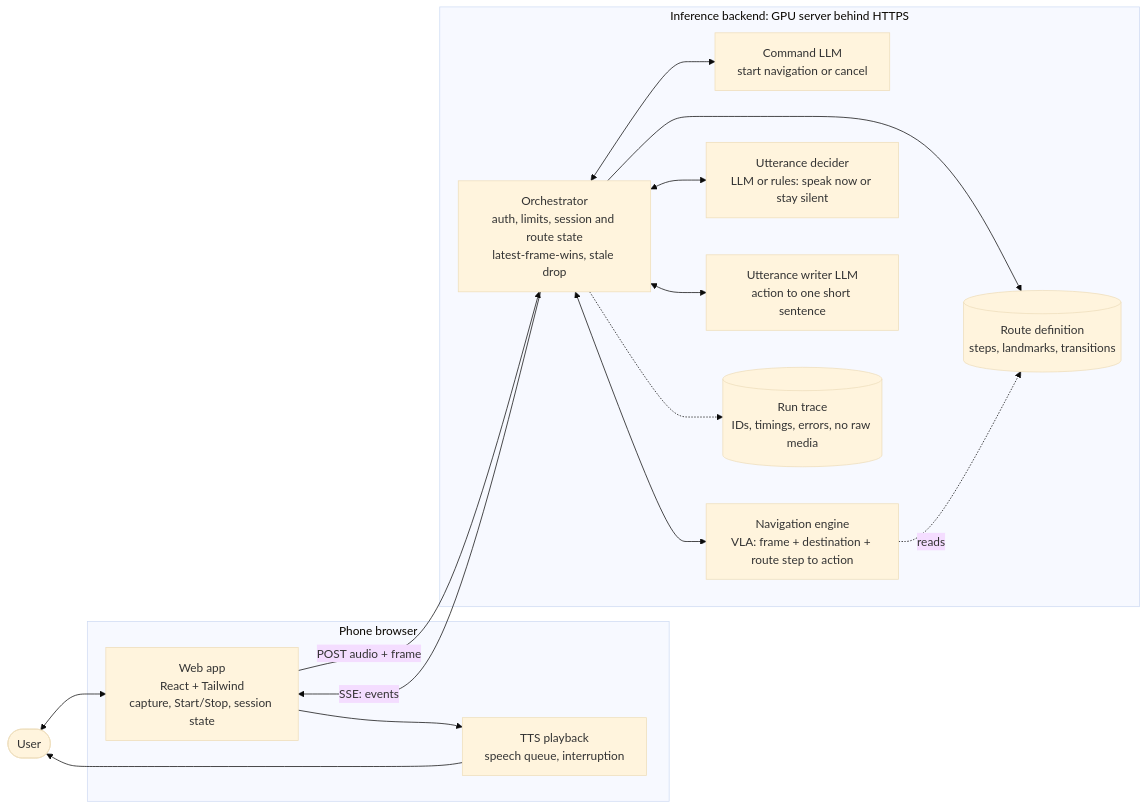
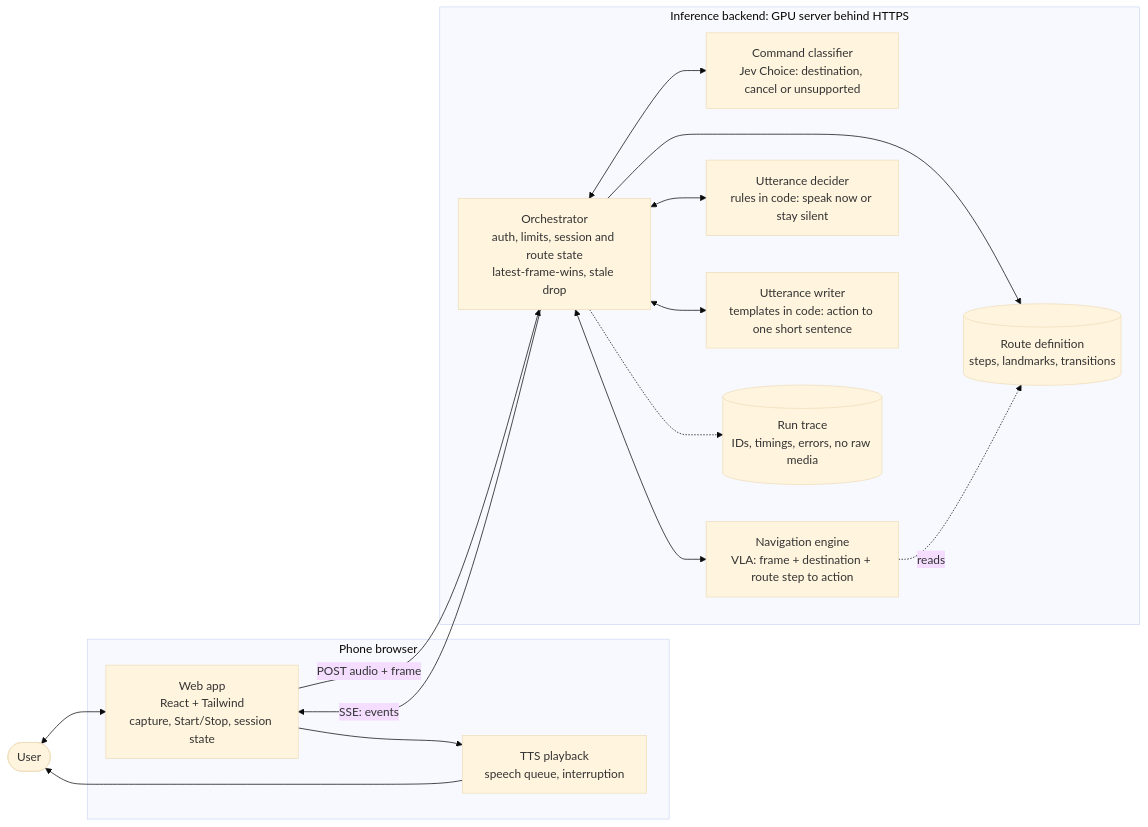
One commit to tungsten-united/project-description changed the second of 3 diagrams in docs/architecture.md. Above: the diagram before and after it, drawn with Mermaid (base theme). The commit also changed other lines of this file, not shown here.

Commit message:
Relabel architecture diagrams for Jev, rules and templates

````diff
--- a/docs/architecture.md
+++ b/docs/architecture.md
@@ -24,33 +24,33 @@
 ```mermaid
 flowchart LR
   user(["User"])
 
   subgraph phone["Phone browser"]
     app["Web app<br/>React + Tailwind<br/>capture, Start/Stop, session state"]
     tts["TTS playback<br/>speech queue, interruption"]
   end
 
   subgraph backend["Inference backend: GPU server behind HTTPS"]
     orch["Orchestrator<br/>auth, limits, session and route state<br/>latest-frame-wins, stale drop"]
-    cmd["Command LLM<br/>start navigation or cancel"]
+    cmd["Command classifier<br/>Jev Choice: destination, cancel or unsupported"]
     nav["Navigation engine<br/>VLA: frame + destination + route step to action"]
-    dec["Utterance decider<br/>LLM or rules: speak now or stay silent"]
-    wri["Utterance writer LLM<br/>action to one short sentence"]
+    dec["Utterance decider<br/>rules in code: speak now or stay silent"]
+    wri["Utterance writer<br/>templates in code: action to one short sentence"]
     route[("Route definition<br/>steps, landmarks, transitions")]
     trace[("Run trace<br/>IDs, timings, errors, no raw media")]
   end
 
   user <--> app
   app -->|"POST audio + frame"| orch
   orch -->|"SSE: events"| app
   app --> tts
   tts --> user
 
   orch <--> cmd
   orch <--> nav
   orch <--> dec
   orch <--> wri
   orch --> route
   nav -.->|"reads"| route
   orch -.-> trace
 ```
````
